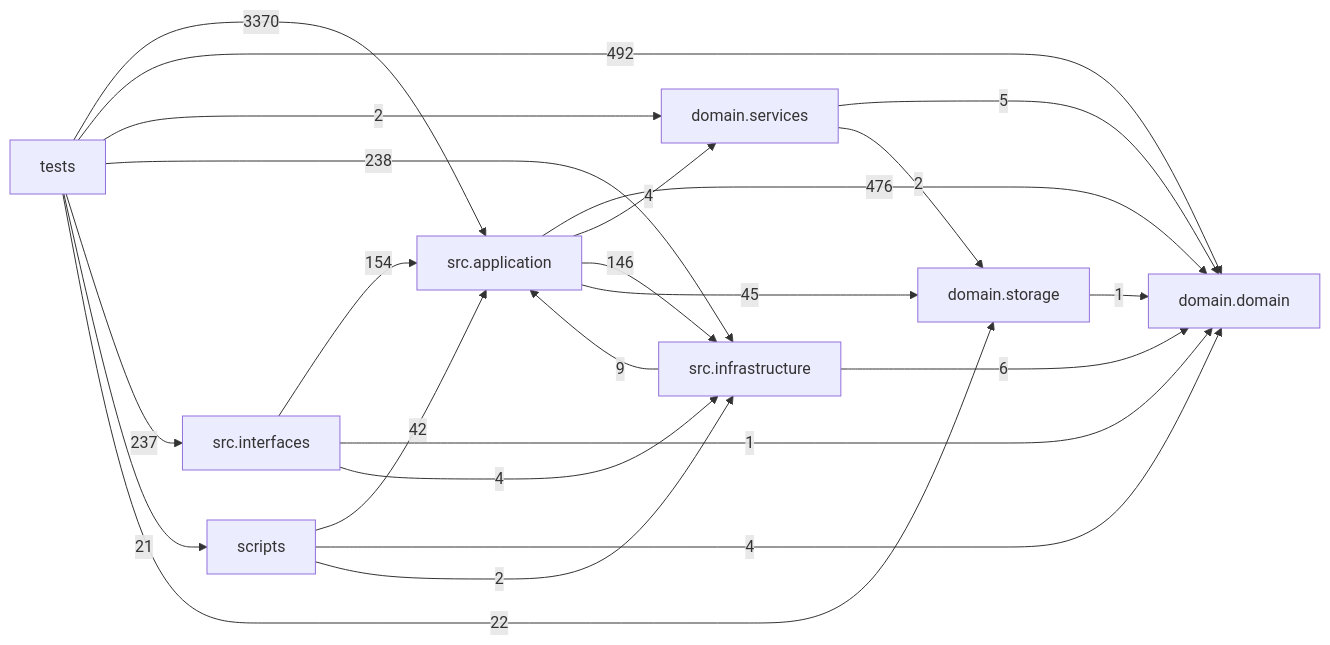
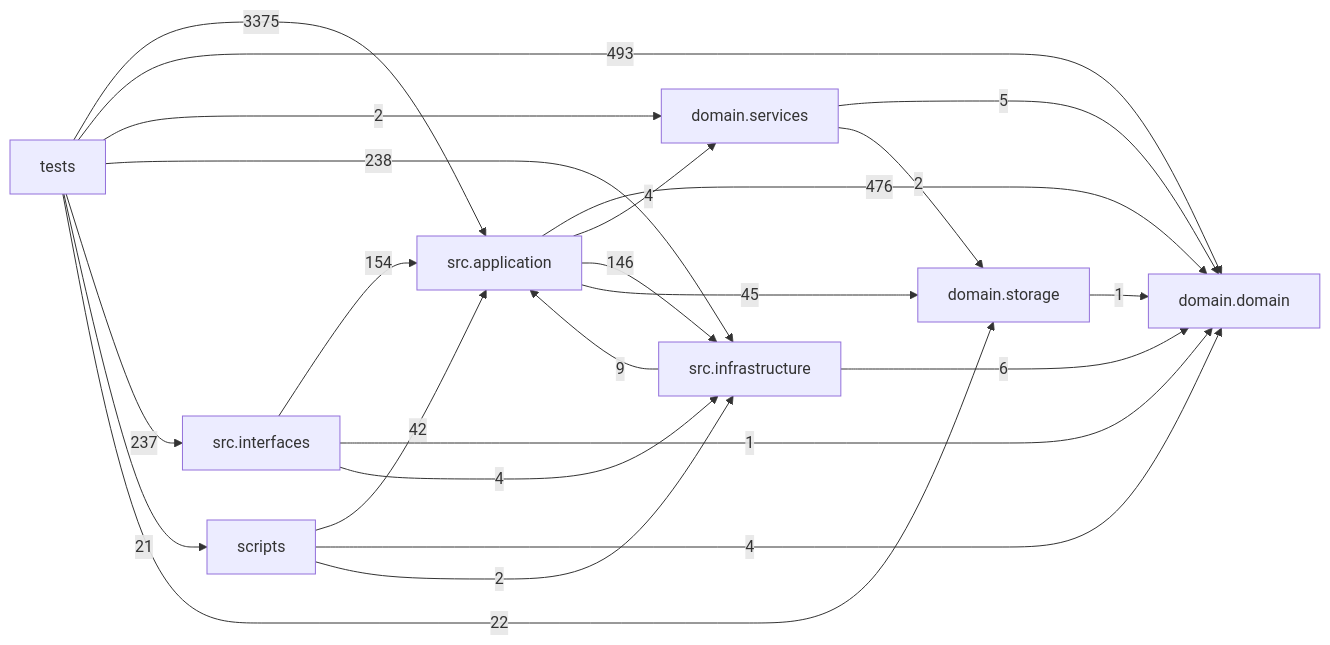
One commit to liuxie066/options-monitor changed the diagram in docs/DEPENDENCY_GRAPH.md. Above: the diagram before and after it, drawn with Mermaid. The commit also changed other lines of this file, not shown here.

Commit message:
docs(dependency-graph): regenerate for the daily brief wheel identity tests

````diff
--- a/docs/DEPENDENCY_GRAPH.md
+++ b/docs/DEPENDENCY_GRAPH.md
@@ -24,33 +24,33 @@
 ```mermaid
 flowchart LR
   tests["tests"]
   scripts["scripts"]
   interfaces["src.interfaces"]
   application["src.application"]
   infrastructure["src.infrastructure"]
   domain_services["domain.services"]
   domain["domain.domain"]
   storage["domain.storage"]
   application -->|476| domain
   application -->|4| domain_services
   application -->|146| infrastructure
   application -->|45| storage
   domain_services -->|5| domain
   domain_services -->|2| storage
   infrastructure -->|9| application
   infrastructure -->|6| domain
   interfaces -->|154| application
   interfaces -->|1| domain
   interfaces -->|4| infrastructure
   scripts -->|42| application
   scripts -->|4| domain
   scripts -->|2| infrastructure
   storage -->|1| domain
-  tests -->|3370| application
-  tests -->|492| domain
+  tests -->|3375| application
+  tests -->|493| domain
   tests -->|2| domain_services
   tests -->|238| infrastructure
   tests -->|237| interfaces
   tests -->|21| scripts
   tests -->|22| storage
 ```
````
